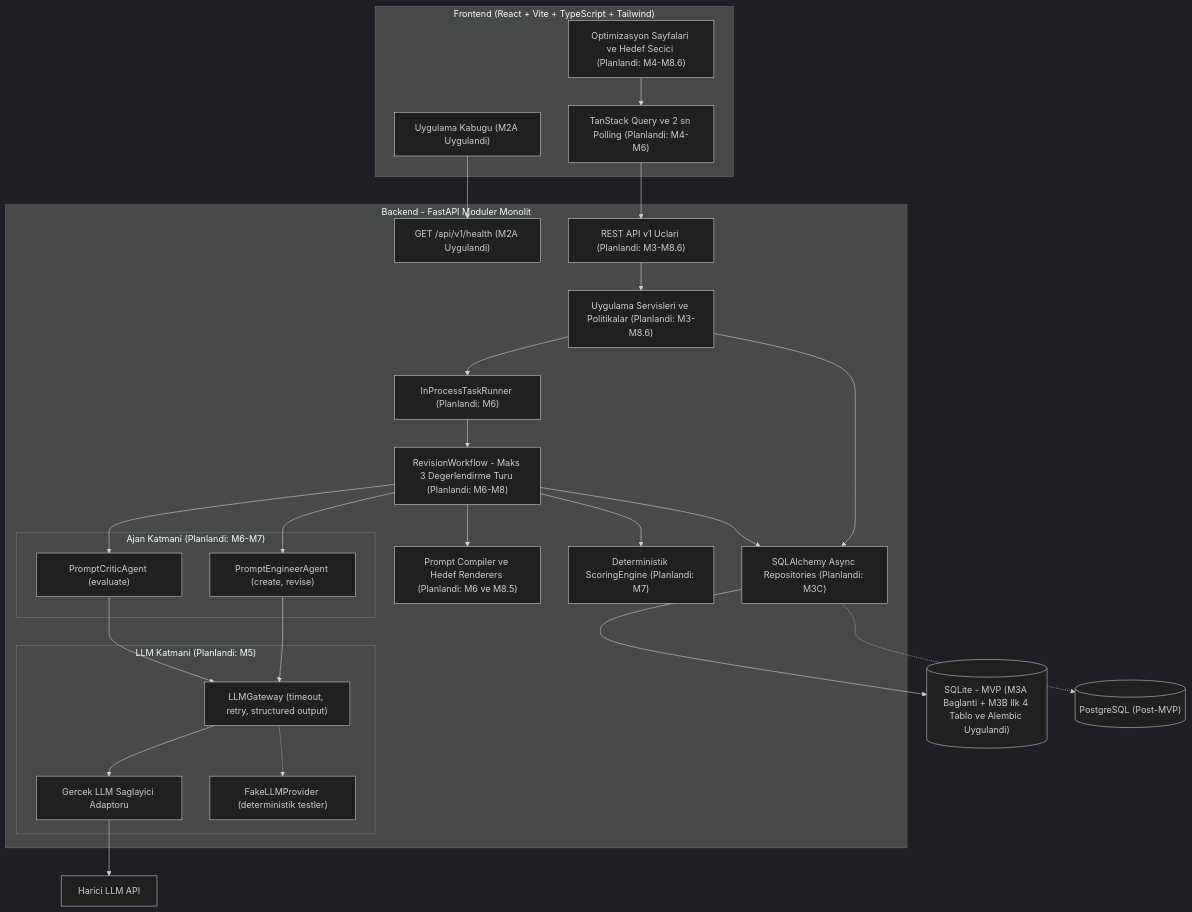
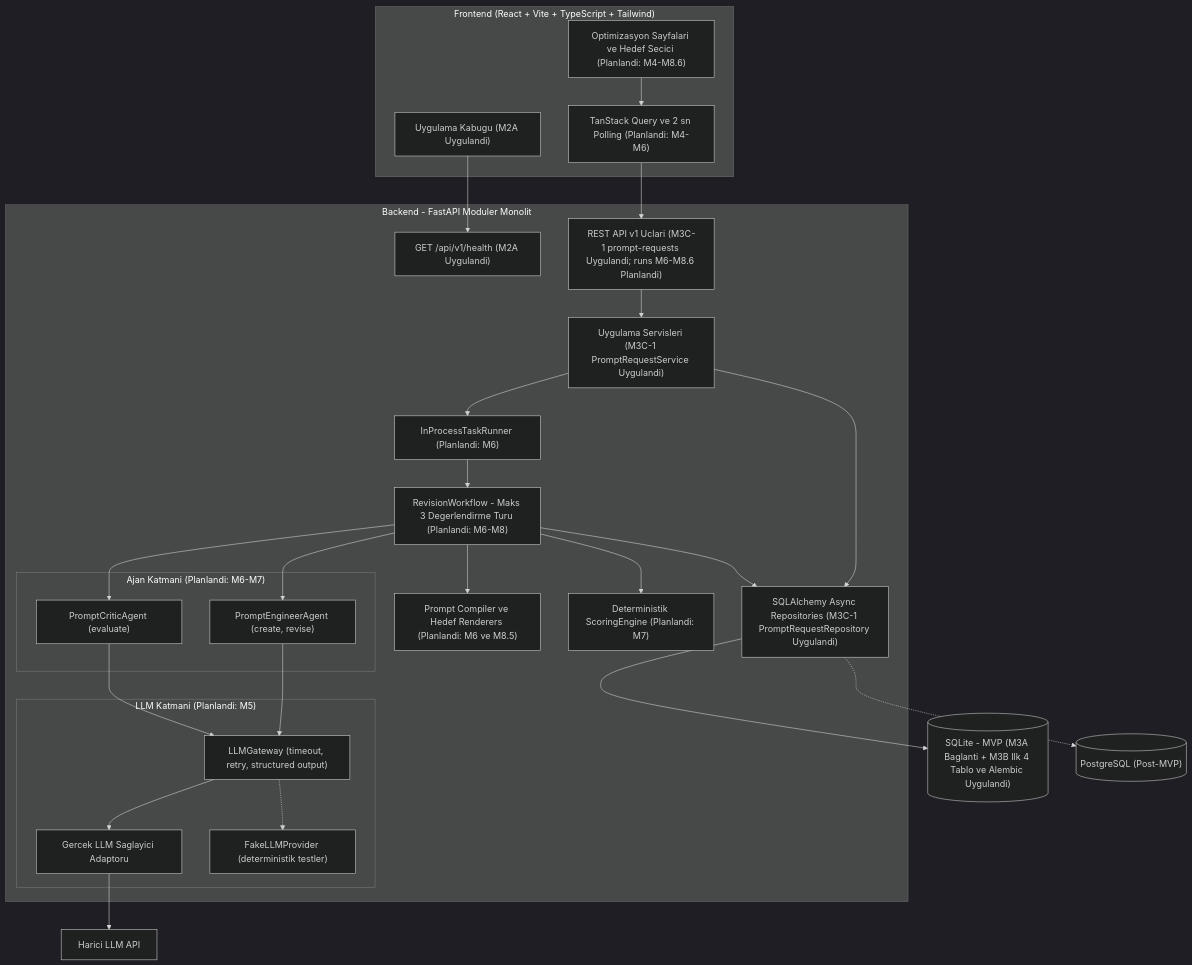
Before and after one commit to sinanturdu/PromptForge-AI: the first of 5 diagrams in docs/architecture.md, drawn with Mermaid (dark theme). The commit also changed other lines of this file and 20 other files, not shown here.

First line of the commit message:
feat(api): implement prompt management and core error handling (#3)

````diff
--- a/docs/architecture.md
+++ b/docs/architecture.md
@@ -80,55 +82,55 @@
 ```mermaid
 flowchart TD
     subgraph FE["Frontend (React + Vite + TypeScript + Tailwind)"]
         UI["Uygulama Kabugu (M2A Uygulandi)"]
         PAGES["Optimizasyon Sayfalari ve Hedef Secici (Planlandi: M4-M8.6)"]
         POLL["TanStack Query ve 2 sn Polling (Planlandi: M4-M6)"]
     end
 
     subgraph BE["Backend - FastAPI Moduler Monolit"]
         HEALTH["GET /api/v1/health (M2A Uygulandi)"]
-        API["REST API v1 Uclari (Planlandi: M3-M8.6)"]
-        SVC["Uygulama Servisleri ve Politikalar (Planlandi: M3-M8.6)"]
+        API["REST API v1 Uclari (M3C-1 prompt-requests Uygulandi; runs M6-M8.6 Planlandi)"]
+        SVC["Uygulama Servisleri (M3C-1 PromptRequestService Uygulandi)"]
         RUNNER["InProcessTaskRunner (Planlandi: M6)"]
         WF["RevisionWorkflow - Maks 3 Degerlendirme Turu (Planlandi: M6-M8)"]
         COMP["Prompt Compiler ve Hedef Renderers (Planlandi: M6 ve M8.5)"]
         SCORE["Deterministik ScoringEngine (Planlandi: M7)"]
 
         subgraph AGENTS["Ajan Katmani (Planlandi: M6-M7)"]
             PE["PromptEngineerAgent (create, revise)"]
             PC["PromptCriticAgent (evaluate)"]
         end
 
         subgraph LLMLAYER["LLM Katmani (Planlandi: M5)"]
             GW["LLMGateway (timeout, retry, structured output)"]
             PROV1["Gercek LLM Saglayici Adaptoru"]
             FAKE["FakeLLMProvider (deterministik testler)"]
         end
 
-        REPO["SQLAlchemy Async Repositories (Planlandi: M3C)"]
+        REPO["SQLAlchemy Async Repositories (M3C-1 PromptRequestRepository Uygulandi)"]
     end
 
     DB[("SQLite - MVP (M3A Baglanti + M3B Ilk 4 Tablo ve Alembic Uygulandi)")]
     PG[("PostgreSQL (Post-MVP)")]
     EXT["Harici LLM API"]
 
     UI --> HEALTH
     PAGES --> POLL
     POLL --> API
     API --> SVC
     SVC --> REPO
     SVC --> RUNNER
     RUNNER --> WF
     WF --> PE
     WF --> COMP
     WF --> PC
     WF --> SCORE
     WF --> REPO
     PE --> GW
     PC --> GW
     GW --> PROV1
     GW -.-> FAKE
     PROV1 --> EXT
     REPO --> DB
     REPO -.-> PG
 ```
````
